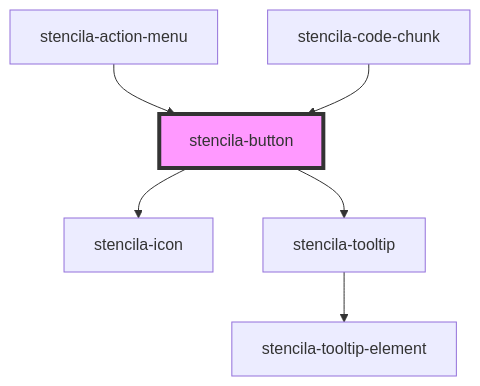
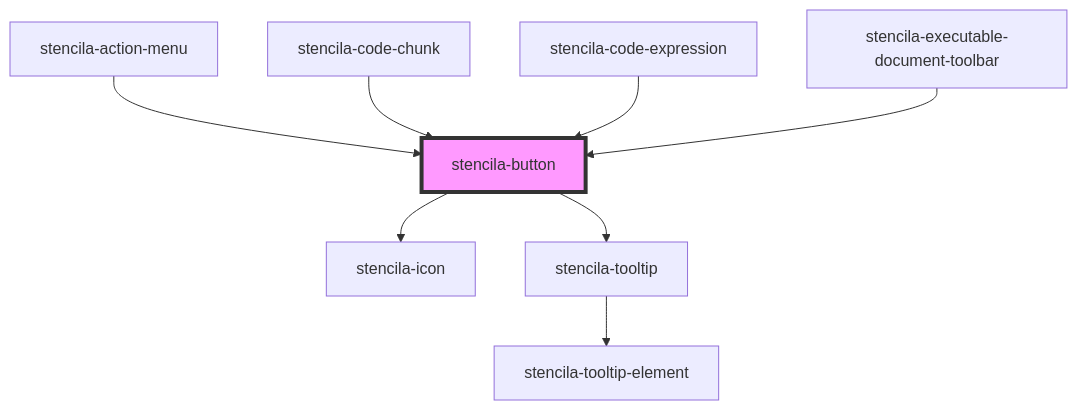
One commit to stencila/designa changed the diagram in packages/components/src/components/button/readme.md. Above: the diagram before and after it, drawn with Mermaid. The commit also changed other lines of this file and 9 other files, not shown here.

Commit message:
fix(Code): Standardize CodeChunk and CodeExpression component buttons

````diff
--- a/packages/components/src/components/button/readme.md
+++ b/packages/components/src/components/button/readme.md
@@ -40,9 +42,11 @@
 ```mermaid
 graph TD;
   stencila-button --> stencila-icon
   stencila-button --> stencila-tooltip
   stencila-tooltip --> stencila-tooltip-element
   stencila-action-menu --> stencila-button
   stencila-code-chunk --> stencila-button
+  stencila-code-expression --> stencila-button
+  stencila-executable-document-toolbar --> stencila-button
   style stencila-button fill:#f9f,stroke:#333,stroke-width:4px
 ```
````
